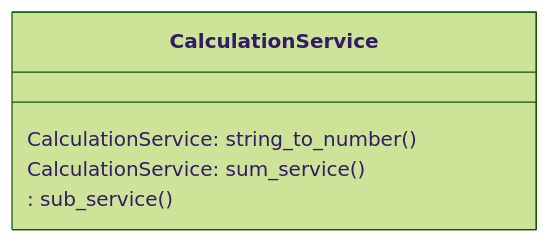
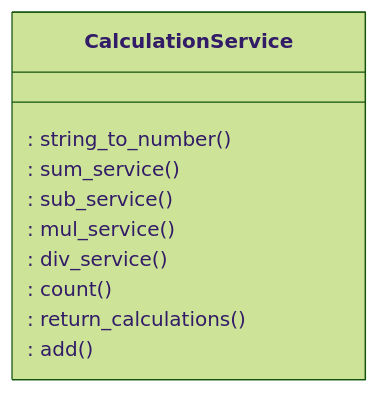
The diagram in dokumentaatio/arkkitehtuuri.md (n0spoon/ot-harjoitustyo), drawn with Mermaid (forest theme) before and after one commit.

Commit message:
Cleaning mermaid chart

````diff
--- a/dokumentaatio/arkkitehtuuri.md
+++ b/dokumentaatio/arkkitehtuuri.md
@@ -13,8 +13,13 @@
 ```mermaid
  classDiagram
      class CalculationService{
-     CalculationService: string_to_number()
-     CalculationService: sum_service()
+     : string_to_number()
+     : sum_service()
      : sub_service()
+     : mul_service()
+     : div_service()
+     : count()
+     : return_calculations()
+     : add()
 }
 ```
````
